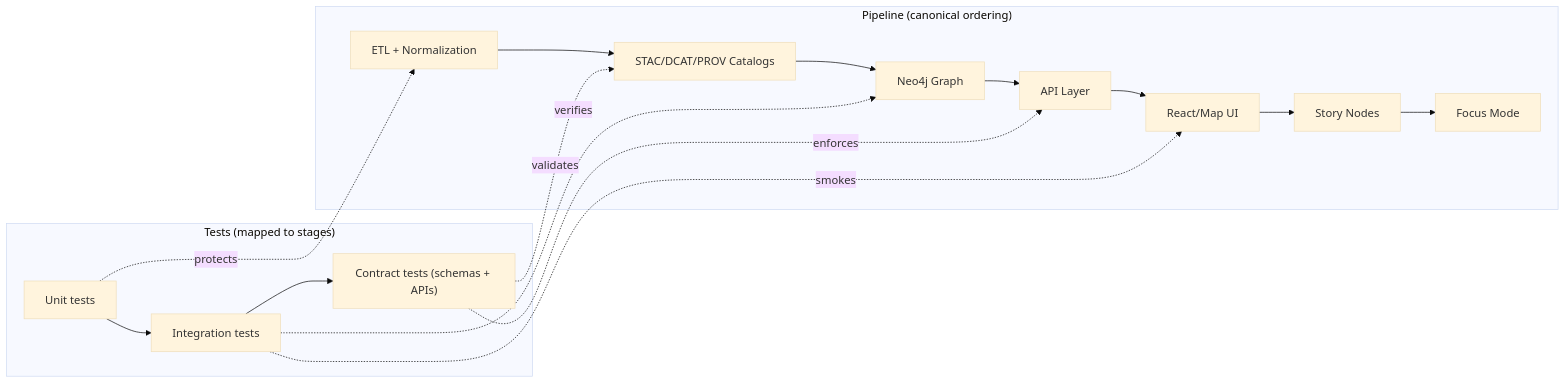
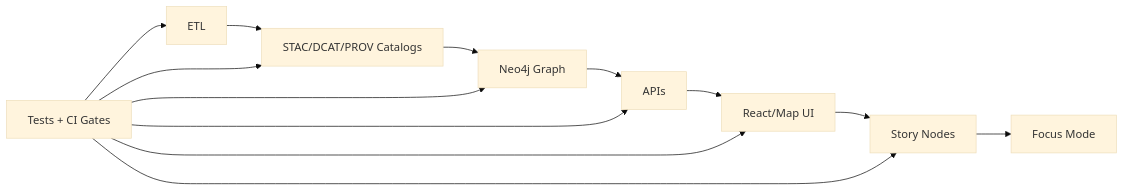
The first of 2 diagrams in tests/README.md (bartytime4life/Kansas-Frontier-Matrix), drawn with Mermaid (base theme) before and after one commit. The commit also changed other lines of this file, not shown here.

```diff
--- a/tests/README.md
+++ b/tests/README.md
@@ -165,22 +157,16 @@
 ~~~mermaid
 flowchart LR
-  subgraph A["Pipeline (canonical ordering)"]
-    A1["ETL + Normalization"] --> A2["STAC/DCAT/PROV Catalogs"]
-    A2 --> A3["Neo4j Graph"]
-    A3 --> A4["API Layer"]
-    A4 --> A5["React/Map UI"]
-    A5 --> A6["Story Nodes"]
-    A6 --> A7["Focus Mode"]
-  end
+  A[ETL] --> B[STAC/DCAT/PROV Catalogs]
+  B --> C[Neo4j Graph]
+  C --> D[APIs]
+  D --> E[React/Map UI]
+  E --> F[Story Nodes]
+  F --> G[Focus Mode]
 
-  subgraph T["Tests (mapped to stages)"]
-    T1["Unit tests"] --> T2["Integration tests"]
-    T2 --> T3["Contract tests (schemas + APIs)"]
-  end
-
-  T1 -. protects .-> A1
-  T3 -. validates .-> A2
-  T2 -. verifies .-> A3
-  T3 -. enforces .-> A4
-  T2 -. smokes .-> A5
+  T[Tests + CI Gates] --> A
+  T --> B
+  T --> C
+  T --> D
+  T --> E
+  T --> F
 ~~~
```
